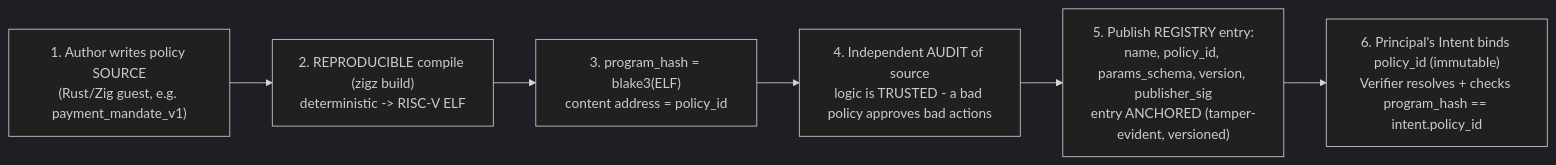
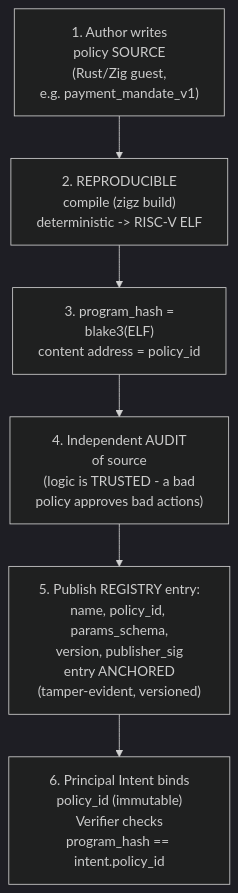
The eighth of 8 diagrams in work/research/computation-proof/architecture.md (mnemonik-xyz/monorepo), drawn with Mermaid (dark theme) before and after one commit. The commit also changed other lines of this file, not shown here.

First line of the commit message:
docs: refactor diagrams for width — multiline labels, top-down chains

````diff
--- a/work/research/computation-proof/architecture.md
+++ b/work/research/computation-proof/architecture.md
@@ -264,9 +264,9 @@
 ```mermaid
-flowchart LR
-    A["1. Author writes policy SOURCE<br/>(Rust/Zig guest, e.g. payment_mandate_v1)"]
-    A --> C["2. REPRODUCIBLE compile (zigz build)<br/>deterministic -> RISC-V ELF"]
-    C --> H["3. program_hash = blake3(ELF)<br/>content address = policy_id"]
-    H --> R["4. Independent AUDIT of source<br/>logic is TRUSTED - a bad policy approves bad actions"]
-    R --> P["5. Publish REGISTRY entry:<br/>name, policy_id, params_schema, version, publisher_sig<br/>entry ANCHORED (tamper-evident, versioned)"]
-    P --> U["6. Principal's Intent binds policy_id (immutable)<br/>Verifier resolves + checks program_hash == intent.policy_id"]
+flowchart TD
+    A["1. Author writes<br/>policy SOURCE<br/>(Rust/Zig guest,<br/>e.g. payment_mandate_v1)"]
+    A --> C["2. REPRODUCIBLE<br/>compile (zigz build)<br/>deterministic -> RISC-V ELF"]
+    C --> H["3. program_hash =<br/>blake3(ELF)<br/>content address = policy_id"]
+    H --> R["4. Independent AUDIT<br/>of source<br/>(logic is TRUSTED - a bad<br/>policy approves bad actions)"]
+    R --> P["5. Publish REGISTRY entry:<br/>name, policy_id, params_schema,<br/>version, publisher_sig<br/>entry ANCHORED<br/>(tamper-evident, versioned)"]
+    P --> U["6. Principal Intent binds<br/>policy_id (immutable)<br/>Verifier checks<br/>program_hash == intent.policy_id"]
 ```
````
